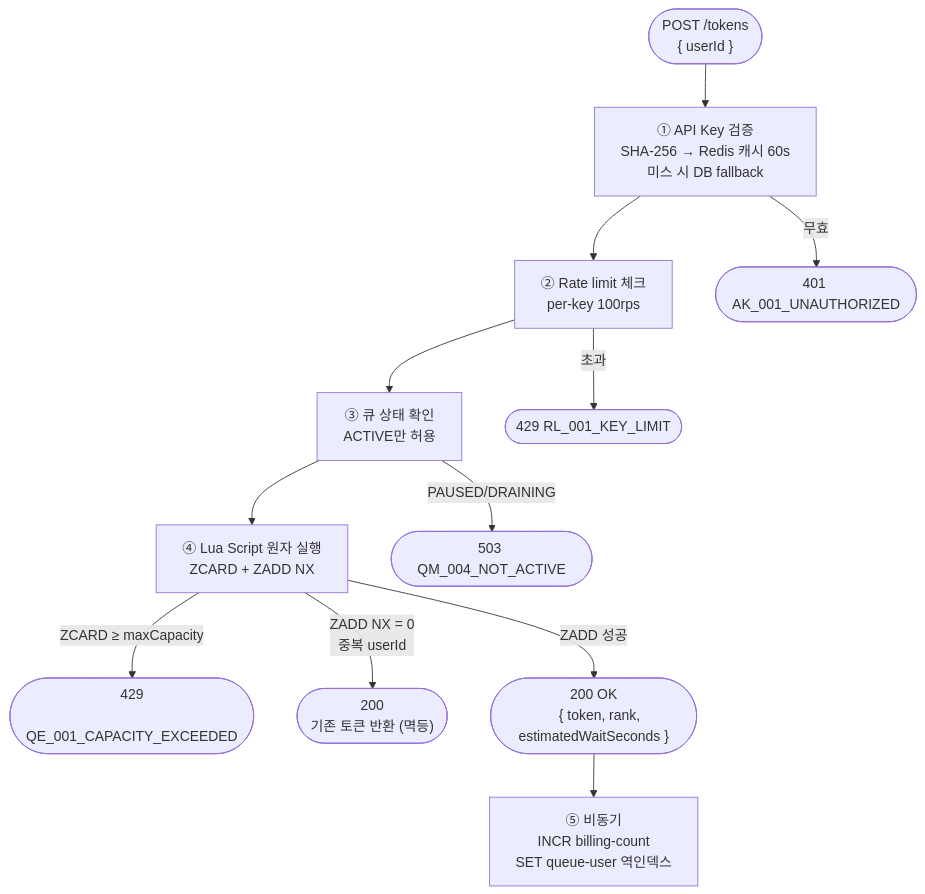
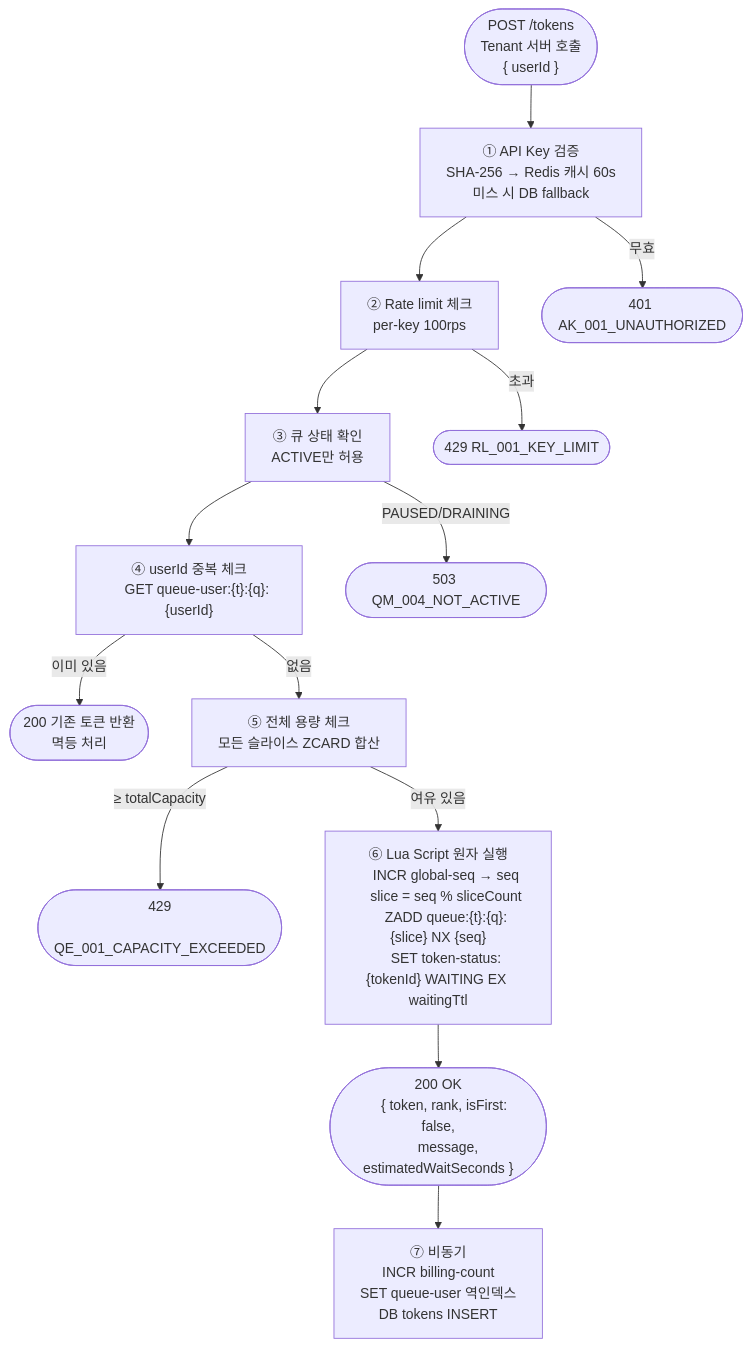
One commit to S-Onix/queue-platform changed the first of 8 diagrams in doc/FLOW.md. Above: the diagram before and after it, drawn with Mermaid. The commit also changed other lines of this file and 4 other files, not shown here.

````diff
--- a/doc/FLOW.md
+++ b/doc/FLOW.md
@@ -7,29 +9,40 @@
 ```mermaid
 flowchart TD
     START(["POST /tokens
+    Tenant 서버 호출
     { userId }"])
     --> AK["① API Key 검증
     SHA-256 → Redis 캐시 60s
     미스 시 DB fallback"]
     --> RL["② Rate limit 체크
     per-key 100rps"]
     --> QS["③ 큐 상태 확인
     ACTIVE만 허용"]
-    --> LUA["④ Lua Script 원자 실행
-    ZCARD + ZADD NX"]
+    --> DUP["④ userId 중복 체크
+    GET queue-user:{t}:{q}:{userId}"]
 
-    LUA -->|"ZCARD ≥ maxCapacity"| E429(["429
+    DUP -->|"이미 있음"| IDEM(["200 기존 토큰 반환
+    멱등 처리"])
+    DUP -->|"없음"| CAP["⑤ 전체 용량 체크
+    모든 슬라이스 ZCARD 합산"]
+
+    CAP -->|"≥ totalCapacity"| E429(["429
     QE_001_CAPACITY_EXCEEDED"])
-    LUA -->|"ZADD NX = 0
-    중복 userId"| IDEM(["200
-    기존 토큰 반환 (멱등)"])
-    LUA -->|"ZADD 성공"| OK(["200 OK
-    { token, rank, estimatedWaitSeconds }"])
-    OK --> ASYNC["⑤ 비동기
+    CAP -->|"여유 있음"| LUA["⑥ Lua Script 원자 실행
+    INCR global-seq → seq
+    slice = seq % sliceCount
+    ZADD queue:{t}:{q}:{slice} NX {seq}
+    SET token-status:{tokenId} WAITING EX waitingTtl"]
+
+    LUA --> OK(["200 OK
+    { token, rank, isFirst: false,
+      message, estimatedWaitSeconds }"])
+    OK --> ASYNC["⑦ 비동기
     INCR billing-count
-    SET queue-user 역인덱스"]
+    SET queue-user 역인덱스
+    DB tokens INSERT"]
 
     AK -->|"무효"| E401(["401 AK_001_UNAUTHORIZED"])
     RL -->|"초과"| E429B(["429 RL_001_KEY_LIMIT"])
     QS -->|"PAUSED/DRAINING"| E503(["503 QM_004_NOT_ACTIVE"])
 ```
````
